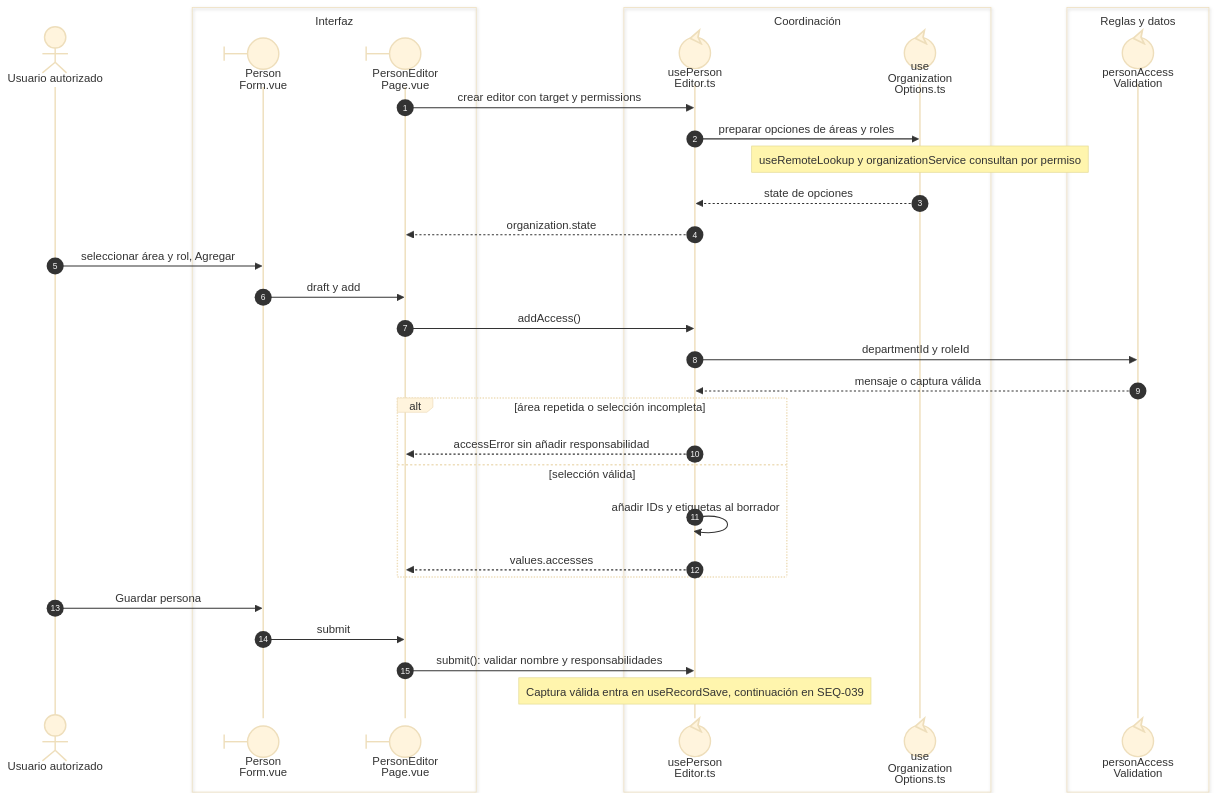
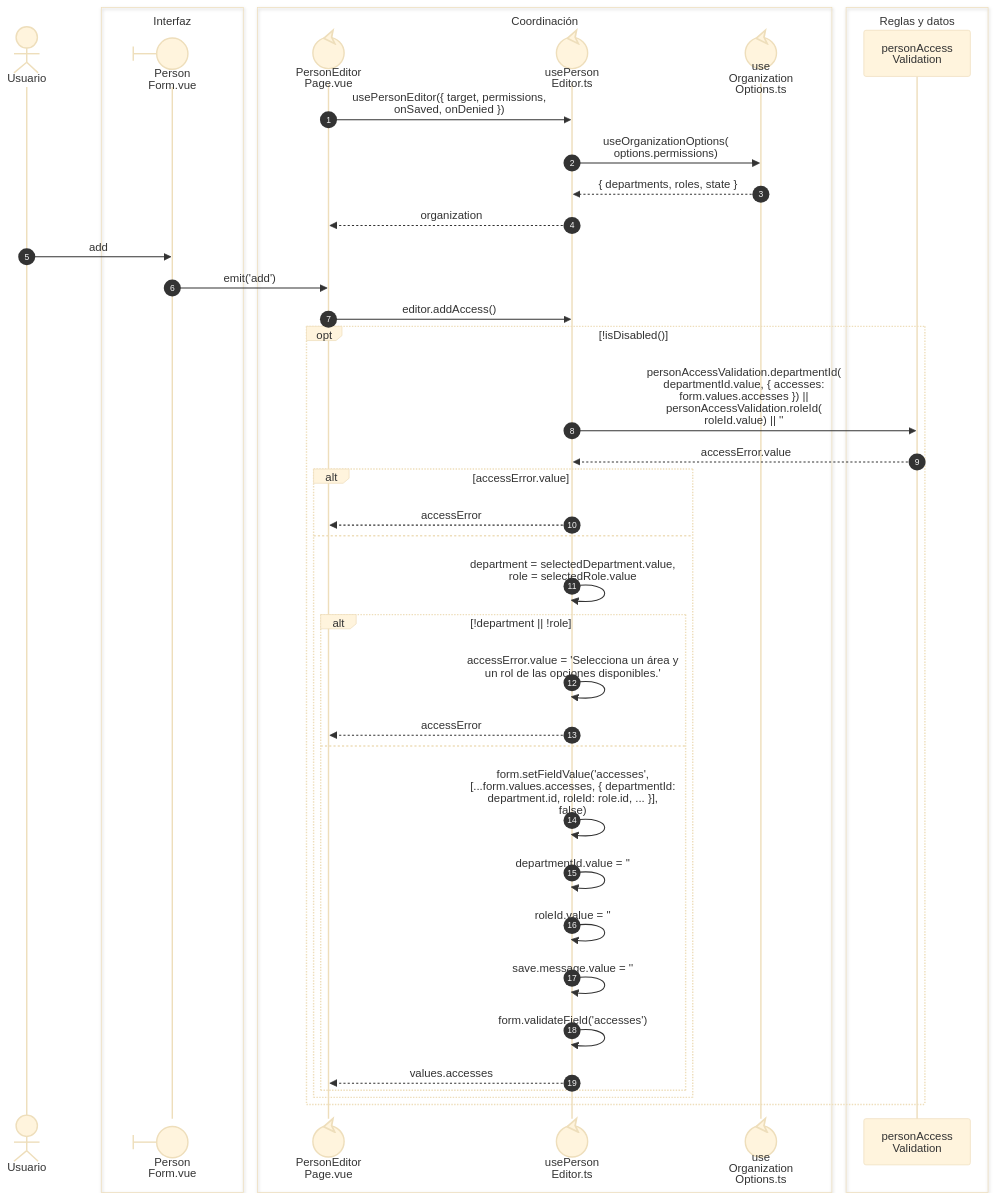
Before and after one commit to gpgsistemas01/nexus: the diagram in front/docs/architecture/views/processes/04-identity/01-person-responsibilities.md, drawn with Mermaid (base theme). The commit also changed other lines of this file and 43 other files, not shown here.

Commit message:
docs: reflejar código y roles en secuencias Vue

````diff
--- a/front/docs/architecture/views/processes/04-identity/01-person-responsibilities.md
+++ b/front/docs/architecture/views/processes/04-identity/01-person-responsibilities.md
@@ -13,36 +9,43 @@
 ```mermaid
 sequenceDiagram
     autonumber
-    actor U as Usuario autorizado
+    actor U as Usuario
     box Interfaz
     participant Form@{ "type": "boundary" } as Person<br/>Form.vue
-    participant Page@{ "type": "boundary" } as PersonEditor<br/>Page.vue
     end
     box Coordinación
+    participant Page@{ "type": "control" } as PersonEditor<br/>Page.vue
     participant Editor@{ "type": "control" } as usePerson<br/>Editor.ts
     participant Org@{ "type": "control" } as use<br/>Organization<br/>Options.ts
     end
     box Reglas y datos
-    participant Rules@{ "type": "control" } as personAccess<br/>Validation
+    participant Rules as personAccess<br/>Validation
     end
-    Page->>Editor: crear editor con target y permissions
-    Editor->>Org: preparar opciones de áreas y roles
-    Note over Org: useRemoteLookup y organizationService consultan por permiso
-    Org-->>Editor: state de opciones
-    Editor-->>Page: organization.state
-    U->>Form: seleccionar área y rol, Agregar
-    Form->>Page: draft y add
-    Page->>Editor: addAccess()
-    Editor->>Rules: departmentId y roleId
-    Rules-->>Editor: mensaje o captura válida
-    alt área repetida o selección incompleta
-        Editor-->>Page: accessError sin añadir responsabilidad
-    else selección válida
-        Editor->>Editor: añadir IDs y etiquetas al borrador
-        Editor-->>Page: values.accesses
+    Page->>Editor: nowrap: usePersonEditor({ target, permissions,<br/>onSaved, onDenied })
+    Editor->>Org: nowrap: useOrganizationOptions(<br/>options.permissions)
+    Org-->>Editor: nowrap: { departments, roles, state }
+    Editor-->>Page: nowrap: organization
+    U->>Form: nowrap: add
+    Form->>Page: nowrap: emit('add')
+    Page->>Editor: nowrap: editor.addAccess()
+    opt nowrap: !isDisabled()
+        Editor->>Rules: nowrap: personAccessValidation.departmentId(<br/>departmentId.value, { accesses:<br/>form.values.accesses }) ||<br/>personAccessValidation.roleId(<br/>roleId.value) || ''
+        Rules-->>Editor: nowrap: accessError.value
+        alt nowrap: accessError.value
+            Editor-->>Page: nowrap: accessError
+        else
+            Editor->>Editor: nowrap: department = selectedDepartment.value,<br/>role = selectedRole.value
+            alt nowrap: !department || !role
+                Editor->>Editor: nowrap: accessError.value = 'Selecciona un área y<br/>un rol de las opciones disponibles.'
+                Editor-->>Page: nowrap: accessError
+            else
+                Editor->>Editor: nowrap: form.setFieldValue('accesses',<br/>[...form.values.accesses, { departmentId:<br/>department.id, roleId: role.id, ... }],<br/>false)
+                Editor->>Editor: nowrap: departmentId.value = ''
+                Editor->>Editor: nowrap: roleId.value = ''
+                Editor->>Editor: nowrap: save.message.value = ''
+                Editor->>Editor: nowrap: form.validateField('accesses')
+                Editor-->>Page: nowrap: values.accesses
+            end
+        end
     end
-    U->>Form: Guardar persona
-    Form->>Page: submit
-    Page->>Editor: submit(): validar nombre y responsabilidades
-    Note over Editor: Captura válida entra en useRecordSave, continuación en SEQ-039
 ```
````
